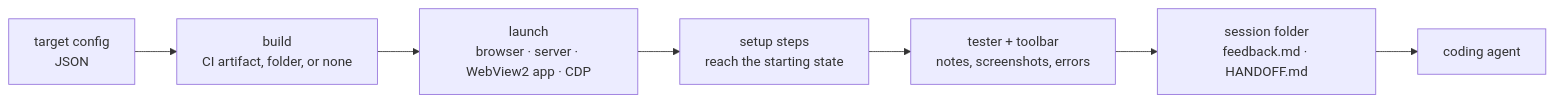
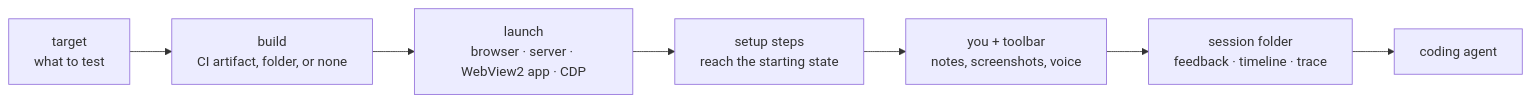
The diagram in README.md (hahn-kev-bot/qa-recorder), drawn with Mermaid before and after one commit. The commit also changed other lines of this file and 3 other files, not shown here.

````diff
--- a/README.md
+++ b/README.md
@@ -6,9 +8,9 @@
 ```mermaid
 flowchart LR
-  T[target config<br/>JSON] --> B[build<br/>CI artifact, folder, or none]
+  T[target<br/>what to test] --> B[build<br/>CI artifact, folder, or none]
   B --> L[launch<br/>browser · server · WebView2 app · CDP]
   L --> S[setup steps<br/>reach the starting state]
-  S --> R[tester + toolbar<br/>notes, screenshots, errors]
-  R --> F[session folder<br/>feedback.md · HANDOFF.md]
+  S --> R[you + toolbar<br/>notes, screenshots, voice]
+  R --> F[session folder<br/>feedback · timeline · trace]
   F --> A[coding agent]
 ```
````
